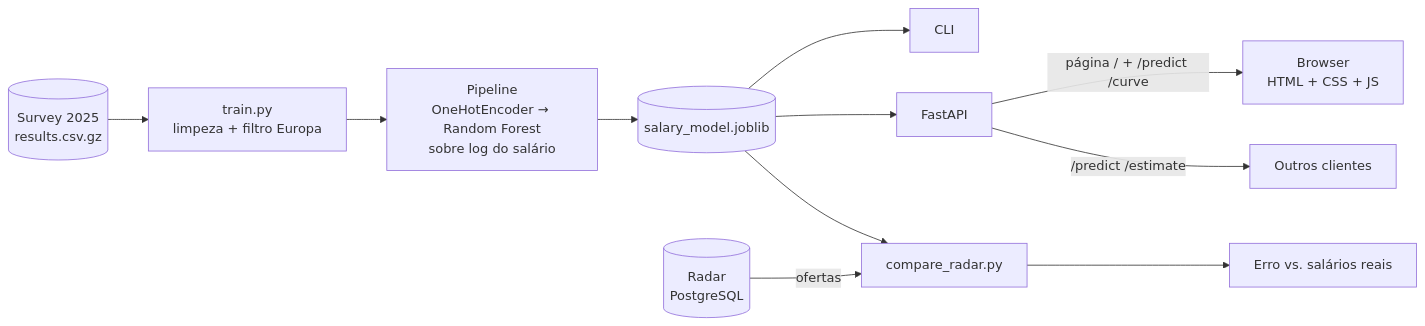
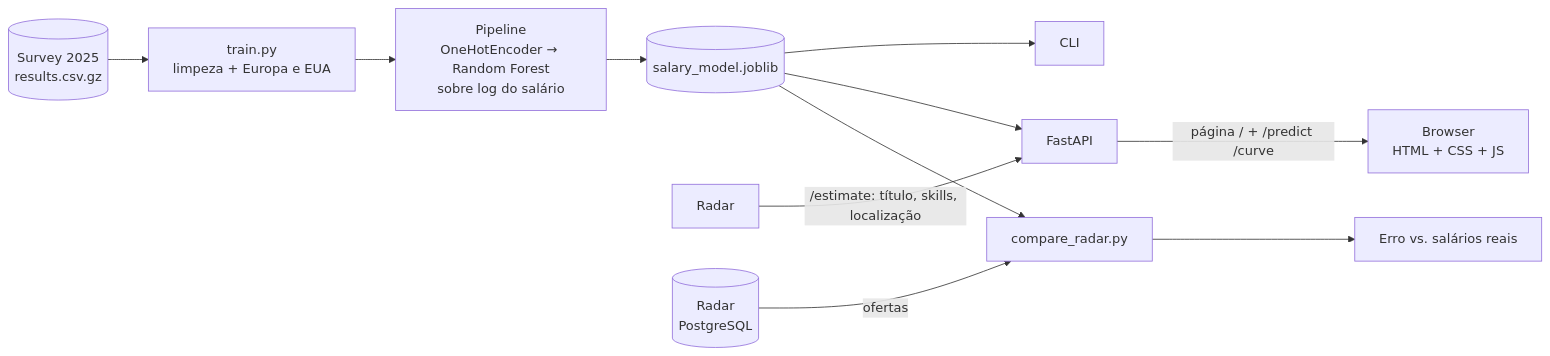
Before and after one commit to PedroPinho17/salary-predictor: the diagram in README.pt-PT.md, drawn with Mermaid. The commit also changed other lines of this file and 24 other files, not shown here.

First line of the commit message:
Treino com dados dos EUA e estimativa conforme a localização da oferta

````diff
--- a/README.pt-PT.md
+++ b/README.pt-PT.md
@@ -80,13 +83,13 @@
 ```mermaid
 flowchart LR
-    S[(Survey 2025<br/>results.csv.gz)] --> T[train.py<br/>limpeza + filtro Europa]
+    S[(Survey 2025<br/>results.csv.gz)] --> T[train.py<br/>limpeza + Europa e EUA]
     T --> P[Pipeline<br/>OneHotEncoder → Random Forest<br/>sobre log do salário]
     P --> M[(salary_model.joblib)]
     M --> C[CLI]
     M --> A[FastAPI]
     A -- página / + /predict /curve --> U[Browser<br/>HTML + CSS + JS]
-    A -- /predict /estimate --> X[Outros clientes]
+    RA[Radar] -->|"/estimate: título, skills, localização"| A
     R[(Radar<br/>PostgreSQL)] -- ofertas --> CR[compare_radar.py]
     M --> CR
     CR --> E[Erro vs. salários reais]
 ```
````
